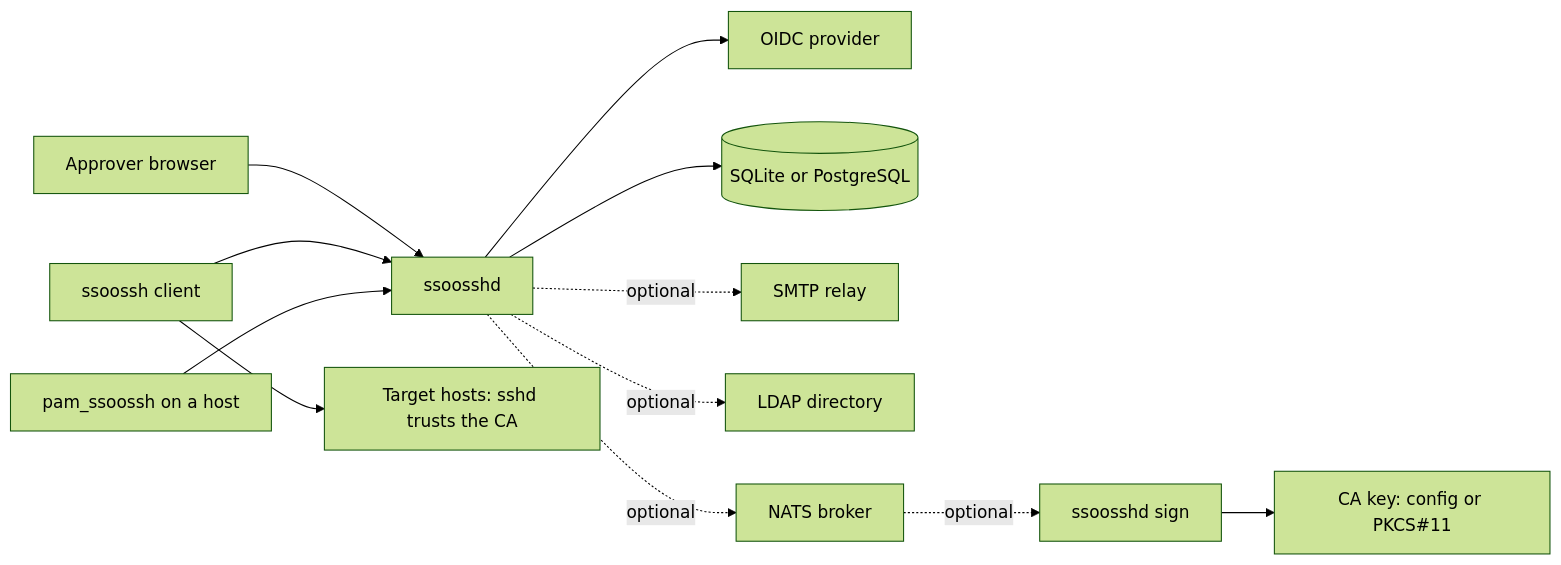
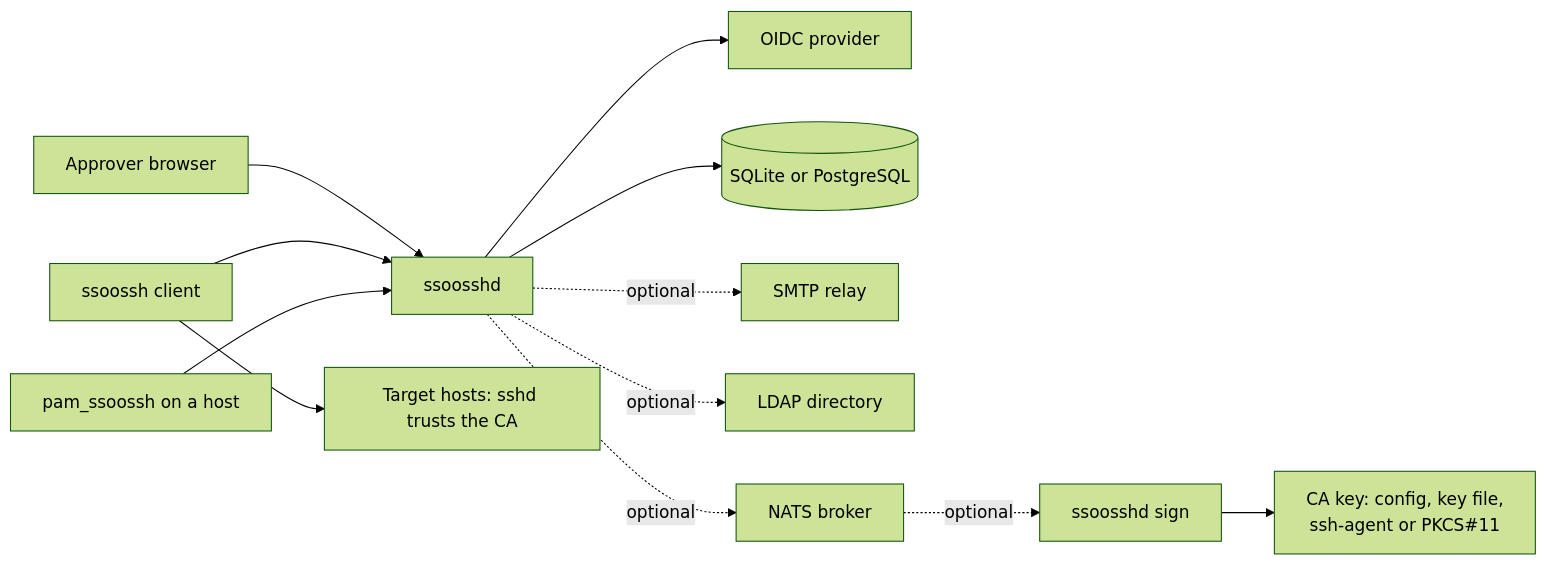
One commit to mnestor/ssoossh changed the diagram in user-docs/src/content/docs/operations/index.md. Above: the diagram before and after it, drawn with Mermaid (forest theme). The commit also changed other lines of this file and 14 other files, not shown here.

````diff
--- a/user-docs/src/content/docs/operations/index.md
+++ b/user-docs/src/content/docs/operations/index.md
@@ -18,24 +18,24 @@
 ```mermaid
 flowchart LR
     accTitle: What a deployment consists of
     accDescr {
       Approver browsers, ssoossh clients and pam_ssoossh on hosts all reach
       ssoosshd. ssoosshd requires an OIDC provider and a database, either
       SQLite or PostgreSQL. Optionally it also uses an SMTP relay for mail, an
       LDAP directory for enrichment and sync, and a NATS broker — which in
       turn allows a separate ssoosshd sign process holding the CA key in
-      configuration or on a PKCS#11 token. Clients present certificates to
+      configuration, a key file, an ssh-agent or a PKCS#11 token. Clients present certificates to
       target hosts, whose sshd trusts the CA.
     }
     Browser["Approver browser"] --> D
     Client["ssoossh client"] --> D
     Pam["pam_ssoossh on a host"] --> D
     D["ssoosshd"] --> IdP["OIDC provider"]
     D --> DB[("SQLite or PostgreSQL")]
     D -. optional .-> Mail["SMTP relay"]
     D -. optional .-> Dir["LDAP directory"]
     D -. optional .-> Nats["NATS broker"]
     Nats -. optional .-> Signer["ssoosshd sign"]
-    Signer --> CA["CA key: config or PKCS#11"]
+    Signer --> CA["CA key: config, key file,<br/>ssh-agent or PKCS#11"]
     Client --> Hosts["Target hosts: sshd trusts the CA"]
 ```
````
